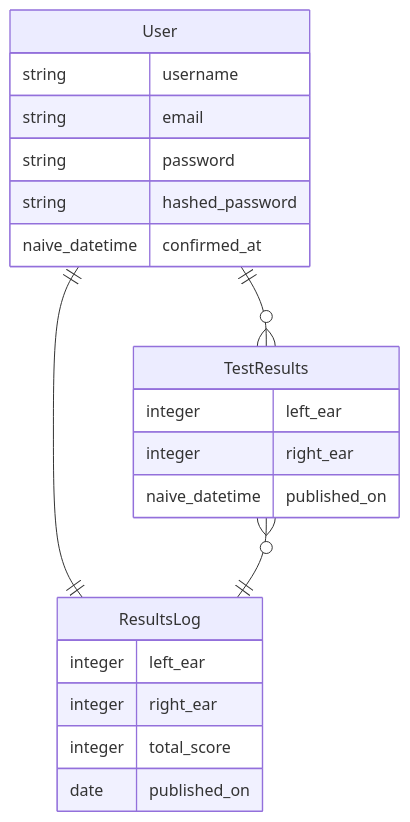
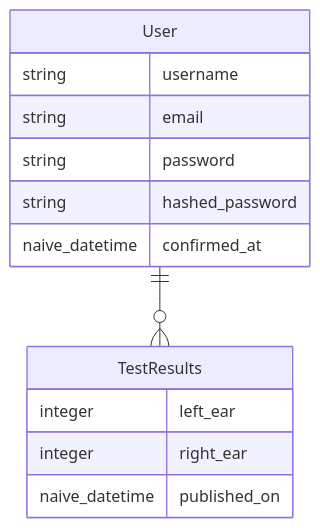
Before and after one commit to shwncndn/soundlift_audiometry: the diagram in README.md, drawn with Mermaid.

````diff
--- a/README.md
+++ b/README.md
@@ -4,24 +4,17 @@
 ```mermaid
 erDiagram
 User {
   string username
   string email
   string password
   string hashed_password
   naive_datetime confirmed_at
 }
 TestResults {
     integer left_ear
     integer right_ear
     naive_datetime published_on  
 }
-ResultsLog {
-    integer left_ear
-    integer right_ear
-    integer total_score
-    date published_on
-}
+
 User ||--O{ TestResults: ""
-User ||--|| ResultsLog: ""
-TestResults }O--|| ResultsLog: ""
 ```
````
